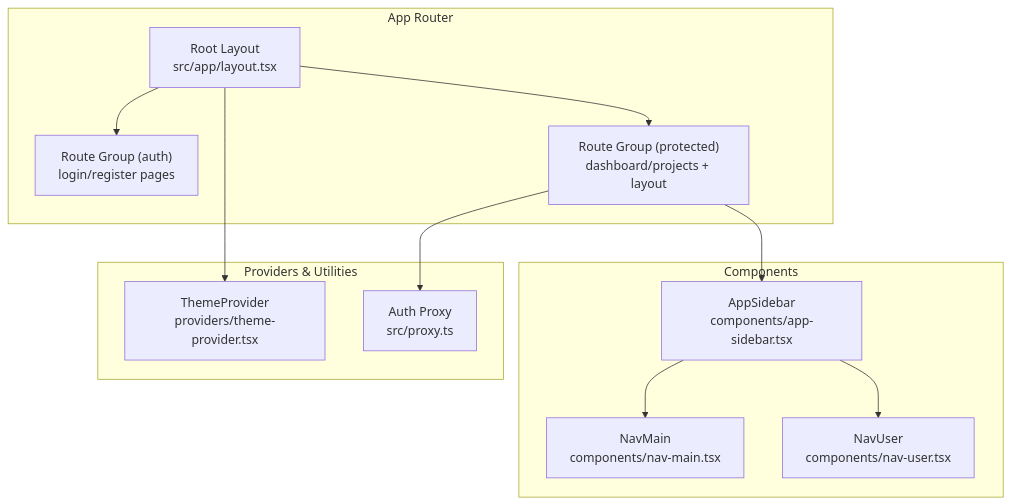
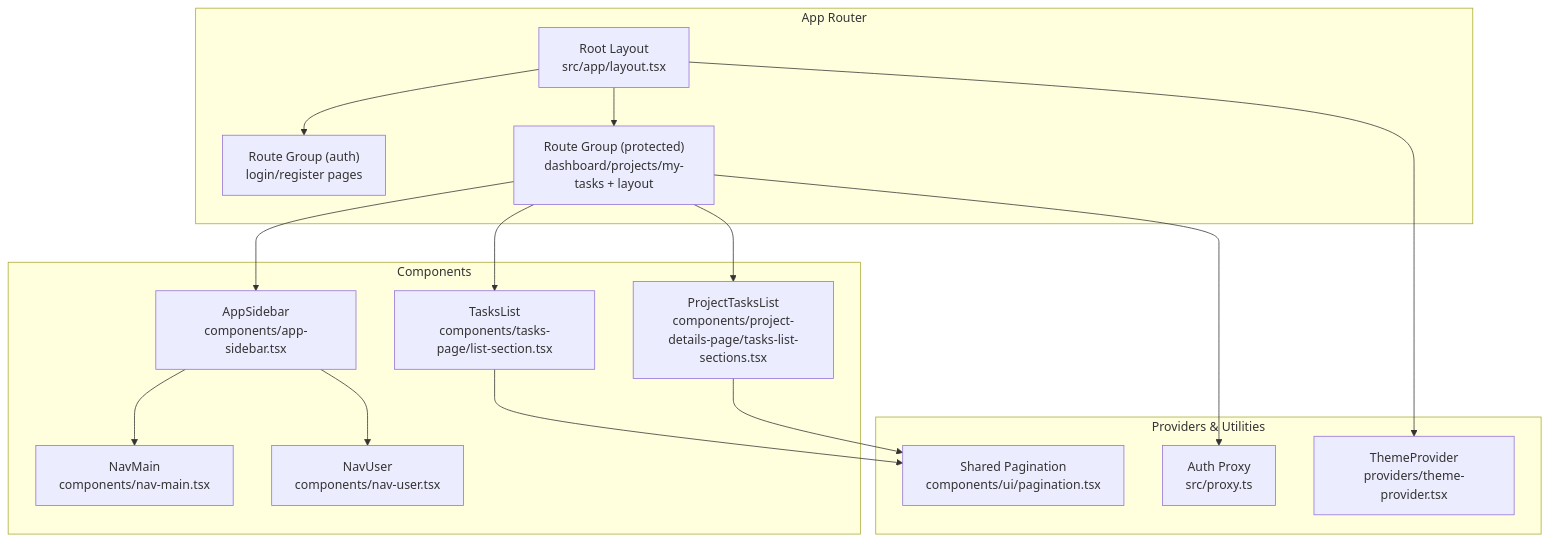
Before and after one commit to jejejesus/TaskFlow: the first of 5 diagrams in .qoder/repowiki/en/content/Frontend Architecture/Frontend Architecture.md, drawn with Mermaid. The commit also changed other lines of this file and 21 other files, not shown here.

````diff
--- a/.qoder/repowiki/en/content/Frontend Architecture/Frontend Architecture.md
+++ b/.qoder/repowiki/en/content/Frontend Architecture/Frontend Architecture.md
@@ -45,24 +60,31 @@
 ```mermaid
 graph TB
 subgraph "App Router"
 Root["Root Layout<br/>src/app/layout.tsx"]
 AuthGroup["Route Group (auth)<br/>login/register pages"]
-ProtectedGroup["Route Group (protected)<br/>dashboard/projects + layout"]
+ProtectedGroup["Route Group (protected)<br/>dashboard/projects/my-tasks + layout"]
 end
 subgraph "Components"
 Sidebar["AppSidebar<br/>components/app-sidebar.tsx"]
 NavMain["NavMain<br/>components/nav-main.tsx"]
 NavUser["NavUser<br/>components/nav-user.tsx"]
+TaskList["TasksList<br/>components/tasks-page/list-section.tsx"]
+ProjectTasks["ProjectTasksList<br/>components/project-details-page/tasks-list-sections.tsx"]
 end
 subgraph "Providers & Utilities"
 ThemeProv["ThemeProvider<br/>providers/theme-provider.tsx"]
 Proxy["Auth Proxy<br/>src/proxy.ts"]
+Pagination["Shared Pagination<br/>components/ui/pagination.tsx"]
 end
 Root --> AuthGroup
 Root --> ProtectedGroup
 ProtectedGroup --> Sidebar
 Sidebar --> NavMain
 Sidebar --> NavUser
+ProtectedGroup --> TaskList
+ProtectedGroup --> ProjectTasks
+TaskList --> Pagination
+ProjectTasks --> Pagination
 Root --> ThemeProv
 ProtectedGroup --> Proxy
 ```
````
